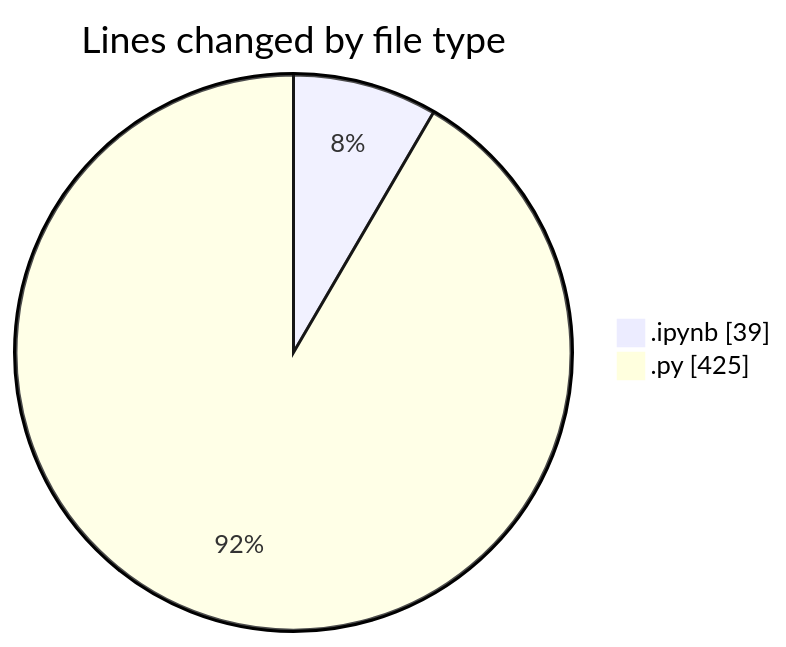
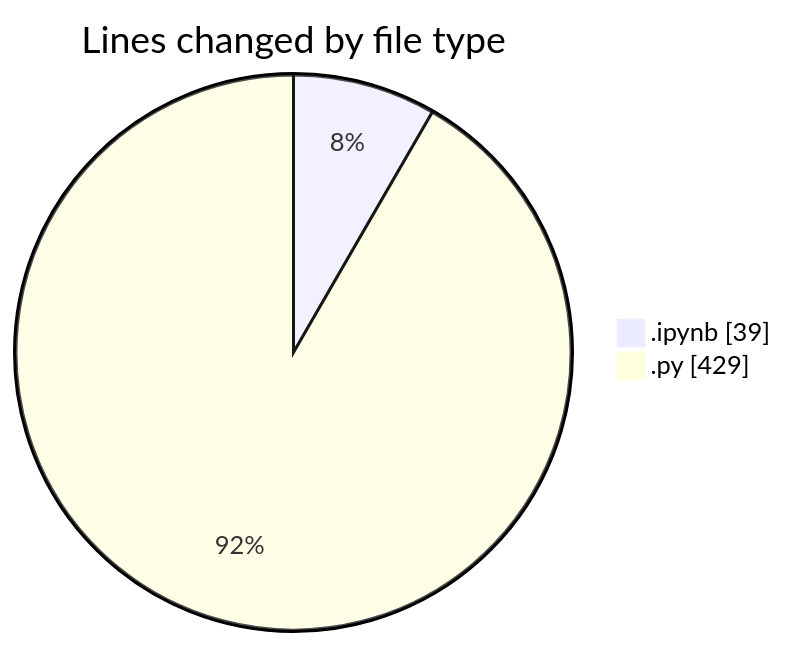
One commit to MatusMokan/code-tracking changed the first of 2 diagrams in 2025-03-15/myws__workspace_/README.md. Above: the diagram before and after it, drawn with Mermaid. The commit also changed other lines of this file and 1 other file, not shown here.

````diff
--- a/2025-03-15/myws__workspace_/README.md
+++ b/2025-03-15/myws__workspace_/README.md
@@ -21,6 +21,6 @@
 ```mermaid
 pie showData
 title Lines changed by file type
 ".ipynb" : 39
-".py" : 425
+".py" : 429
 ```
````
